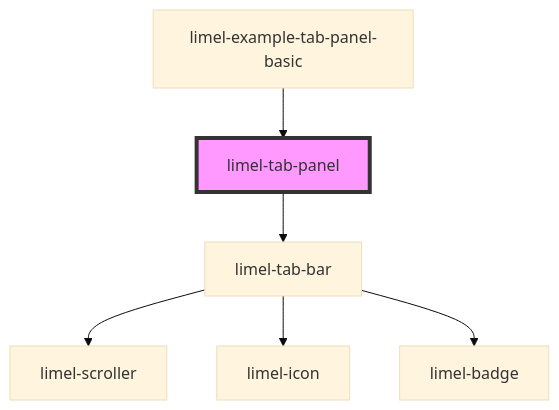
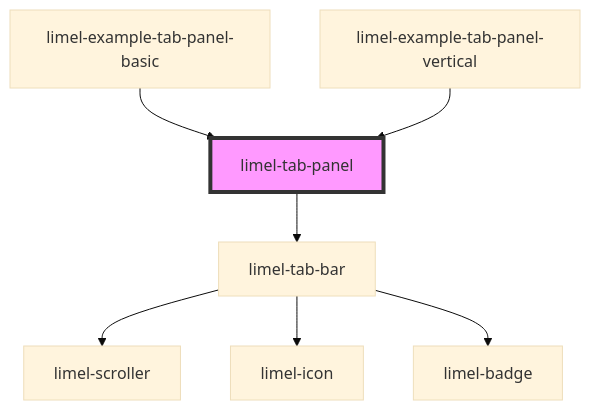
One commit to Lundalogik/lime-elements changed the diagram in versions/PR-4363/markdown-docs/components/tab-panel/readme.md. Above: the diagram before and after it, drawn with Mermaid (base theme). The commit also changed other lines of this file and 591 other files, not shown here.

````diff
--- a/versions/PR-4363/markdown-docs/components/tab-panel/readme.md
+++ b/versions/PR-4363/markdown-docs/components/tab-panel/readme.md
@@ -53,9 +55,10 @@
 ```mermaid
 graph TD;
   limel-tab-panel --> limel-tab-bar
   limel-tab-bar --> limel-scroller
   limel-tab-bar --> limel-icon
   limel-tab-bar --> limel-badge
   limel-example-tab-panel-basic --> limel-tab-panel
+  limel-example-tab-panel-vertical --> limel-tab-panel
   style limel-tab-panel fill:#f9f,stroke:#333,stroke-width:4px
 ```
````
